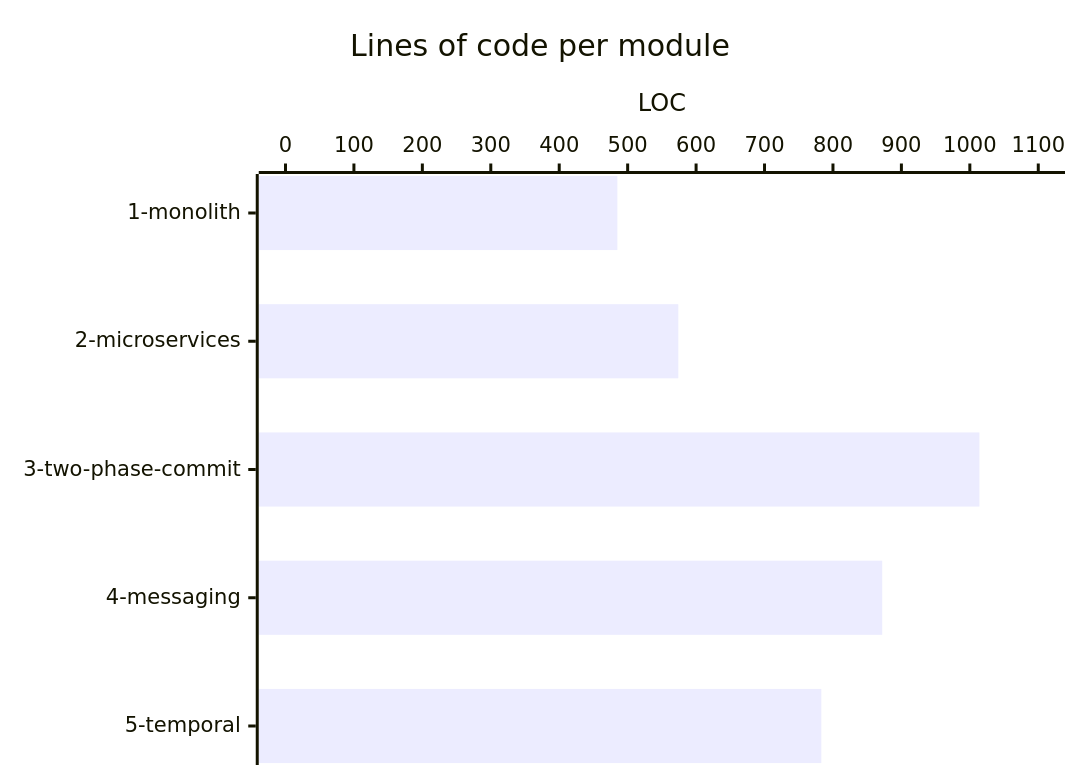
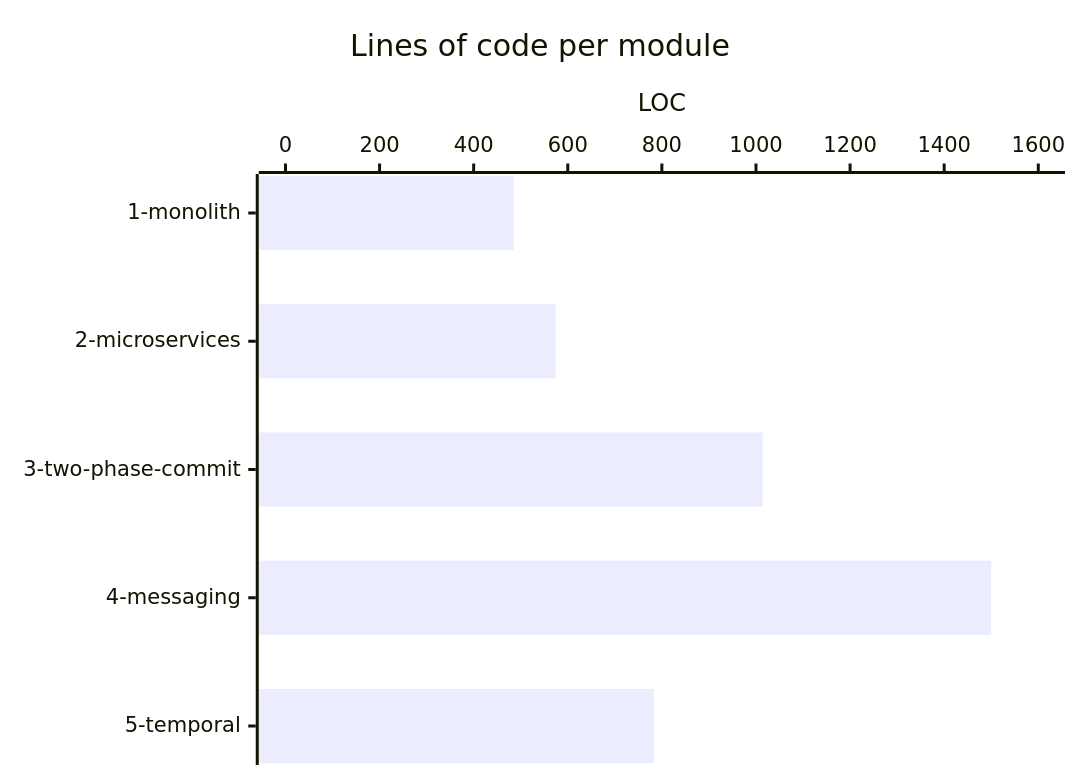
One commit to alexandreroman/durable-money changed the diagram in README.md. Above: the diagram before and after it, drawn with Mermaid. The commit also changed other lines of this file and 1 other file, not shown here.

First line of the commit message:
Document DLQ admin surface and refresh LOC table

````diff
--- a/README.md
+++ b/README.md
@@ -160,7 +160,7 @@
 ```mermaid
 xychart-beta horizontal
     title "Lines of code per module"
     x-axis ["1-monolith", "2-microservices", "3-two-phase-commit", "4-messaging", "5-temporal"]
-    y-axis "LOC" 0 --> 1100
-    bar [485, 574, 1014, 872, 783]
+    y-axis "LOC" 0 --> 1600
+    bar [485, 574, 1014, 1500, 783]
 ```
````
